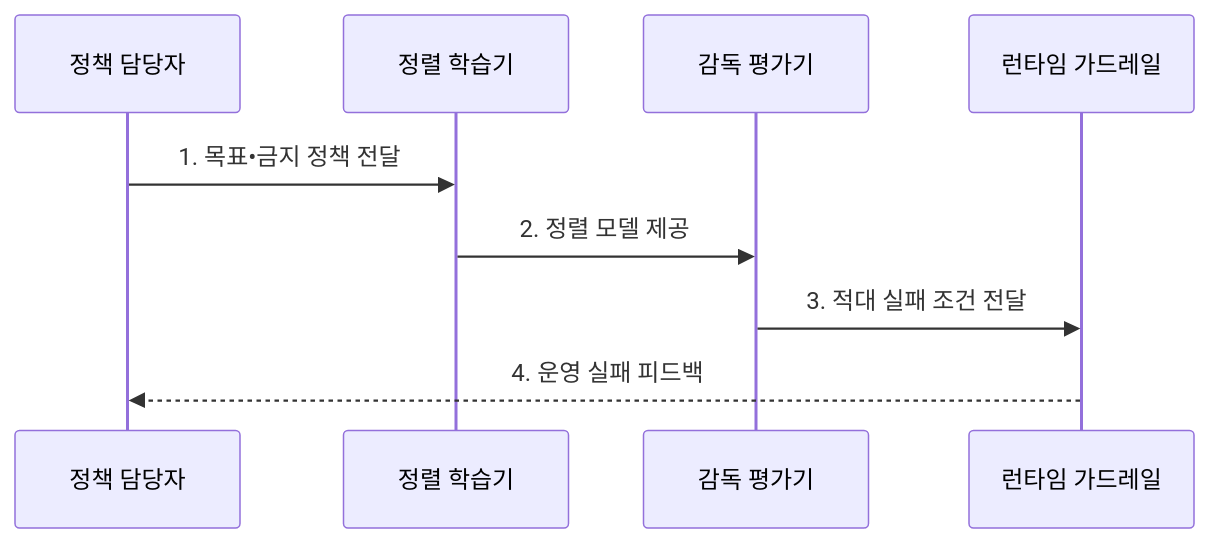
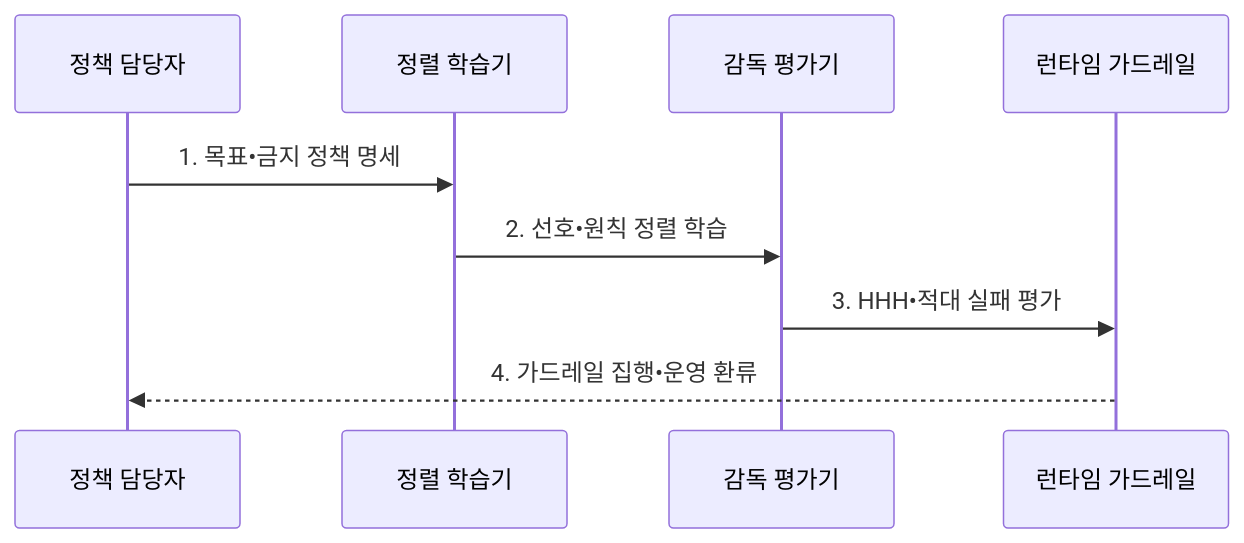
One commit to agnusdei1207/knowledge-base changed the second of 2 diagrams in src/content/docs/notes/08-latest-tech/067_ai_alignment.md. Above: the diagram before and after it, drawn with Mermaid. The commit also changed other lines of this file and 17 other files, not shown here.

````diff
--- a/src/content/docs/notes/08-latest-tech/067_ai_alignment.md
+++ b/src/content/docs/notes/08-latest-tech/067_ai_alignment.md
@@ -107,11 +107,11 @@
 ```mermaid
 sequenceDiagram
     participant P as 정책 담당자
     participant T as 정렬 학습기
     participant E as 감독 평가기
     participant G as 런타임 가드레일
-    P->>T: 1. 목표•금지 정책 전달
-    T->>E: 2. 정렬 모델 제공
-    E->>G: 3. 적대 실패 조건 전달
-    G-->>P: 4. 운영 실패 피드백
+    P->>T: 1. 목표•금지 정책 명세
+    T->>E: 2. 선호•원칙 정렬 학습
+    E->>G: 3. HHH•적대 실패 평가
+    G-->>P: 4. 가드레일 집행•운영 환류
 ```
````
